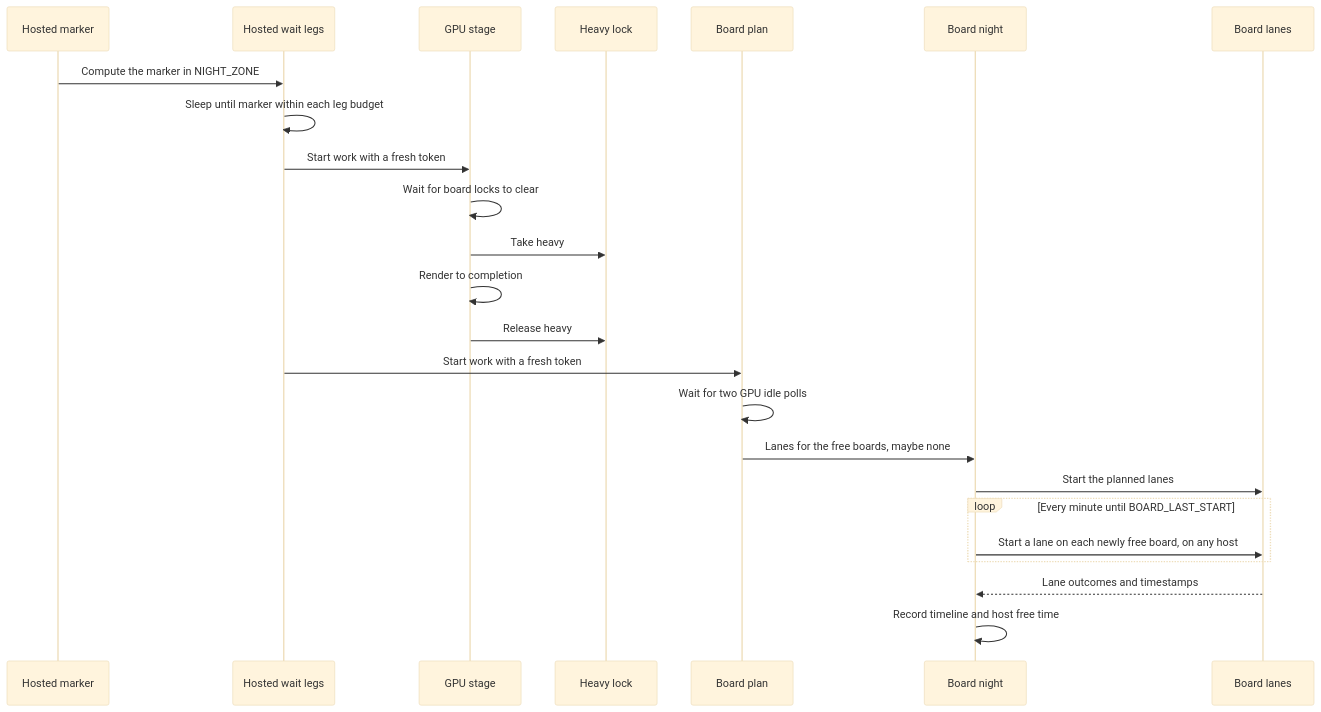
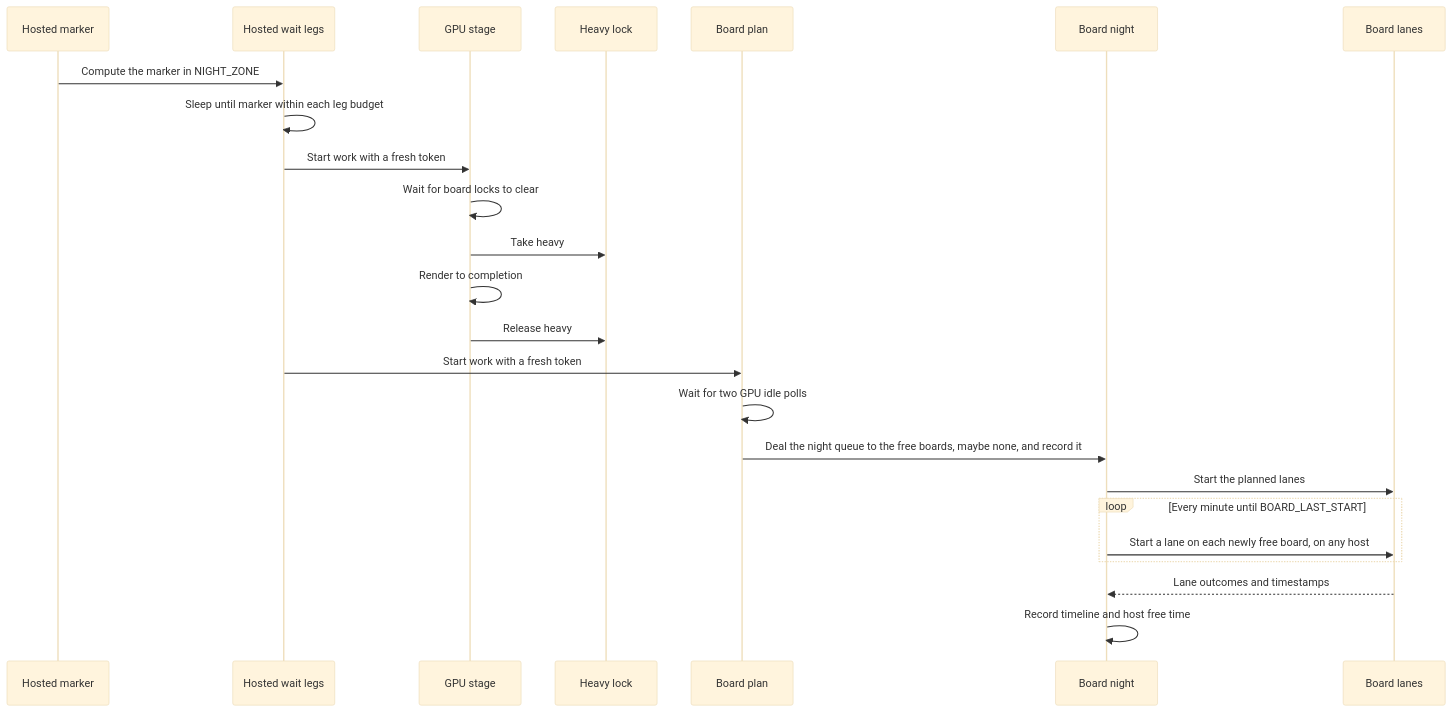
Before and after one commit to jose-villegas/autana: the third of 3 diagrams in launcher/tools/perf/README.md, drawn with Mermaid (base theme). The commit also changed 4 other files, not shown here.

First line of the commit message:
perf: one owner for --max-steps, last_manifests, and the plan step in the night diagram (autana-4ilgj)

````diff
--- a/launcher/tools/perf/README.md
+++ b/launcher/tools/perf/README.md
@@ -253,26 +253,26 @@
 ```mermaid
 sequenceDiagram
     participant Marker as Hosted marker
     participant Wait as Hosted wait legs
     participant GPU as GPU stage
     participant Heavy as Heavy lock
     participant Plan as Board plan
     participant Night as Board night
     participant Lanes as Board lanes
     Marker->>Wait: Compute the marker in NIGHT_ZONE
     Wait->>Wait: Sleep until marker within each leg budget
     Wait->>GPU: Start work with a fresh token
     GPU->>GPU: Wait for board locks to clear
     GPU->>Heavy: Take heavy
     GPU->>GPU: Render to completion
     GPU->>Heavy: Release heavy
     Wait->>Plan: Start work with a fresh token
     Plan->>Plan: Wait for two GPU idle polls
-    Plan->>Night: Lanes for the free boards, maybe none
+    Plan->>Night: Deal the night queue to the free boards, maybe none, and record it
     Night->>Lanes: Start the planned lanes
     loop Every minute until BOARD_LAST_START
         Night->>Lanes: Start a lane on each newly free board, on any host
     end
     Lanes-->>Night: Lane outcomes and timestamps
     Night->>Night: Record timeline and host free time
 ```
````
